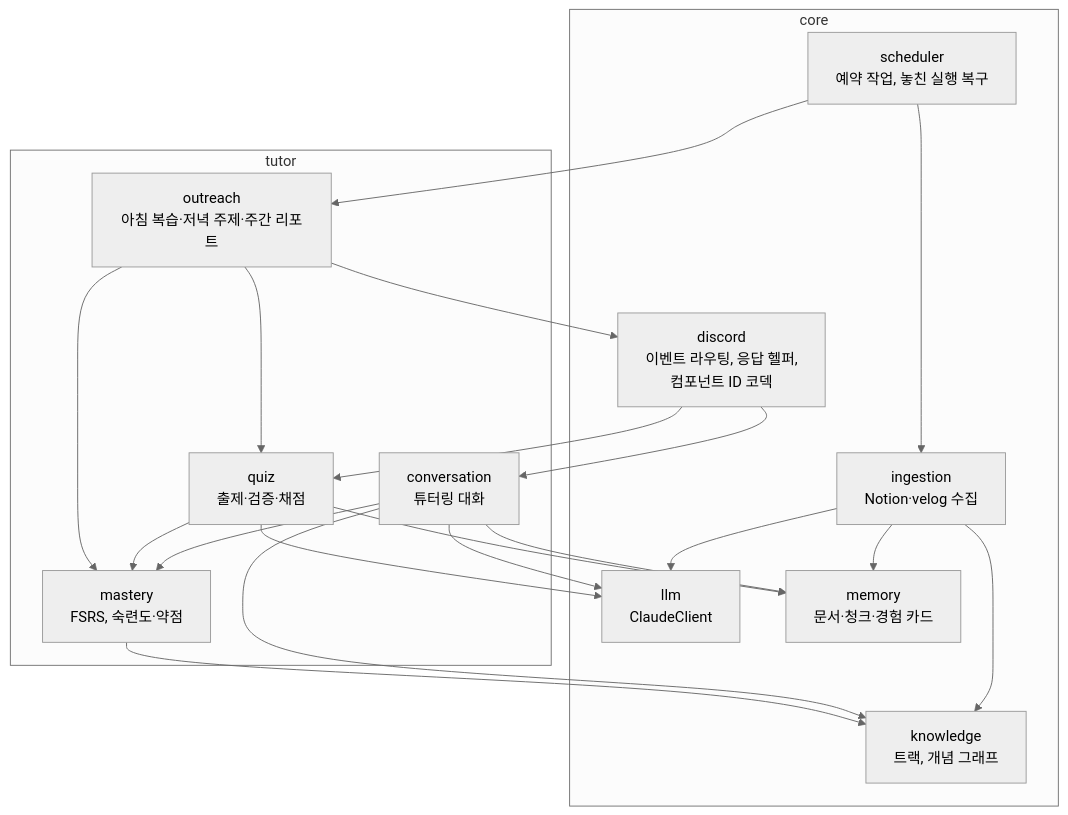
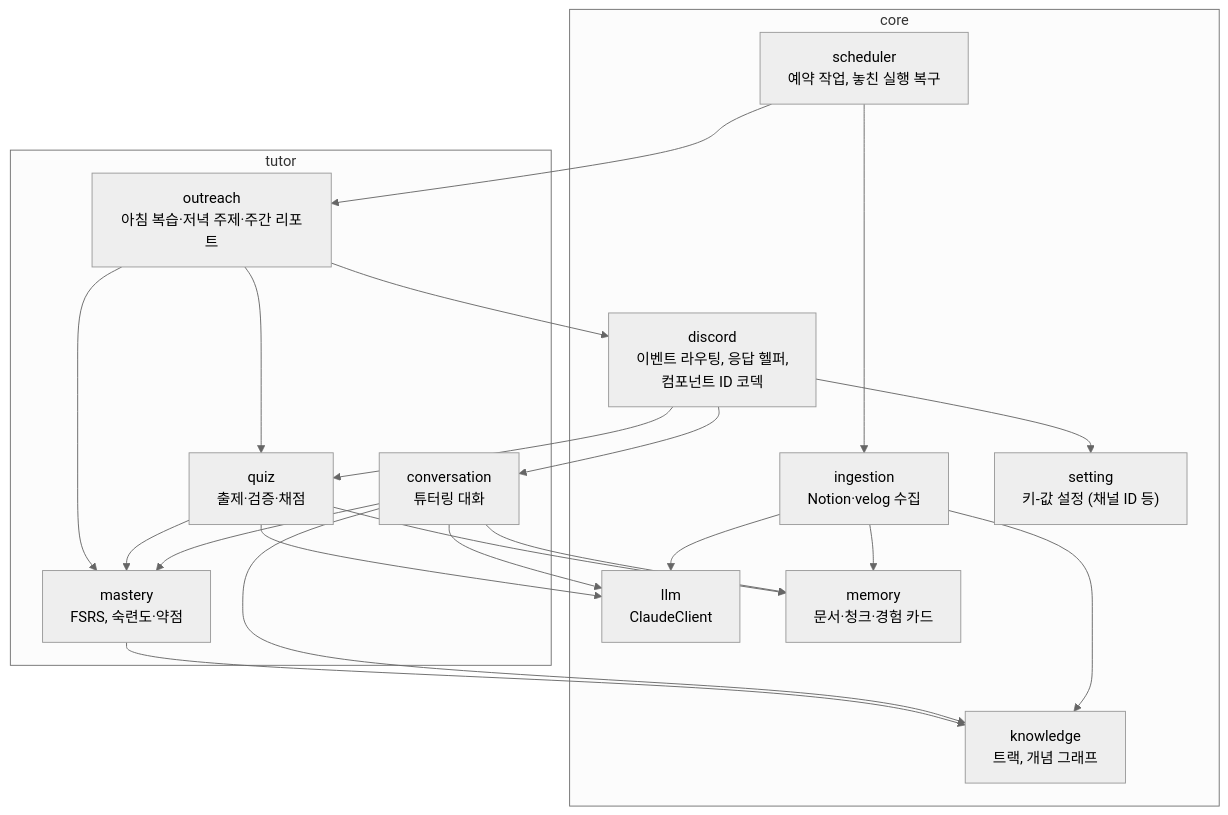
Before and after one commit to Wonchang0314/growth-assistant: the diagram in docs/architecture/c4-3-component.md, drawn with Mermaid (neutral theme). The commit also changed 12 other files, not shown here.

````diff
--- a/docs/architecture/c4-3-component.md
+++ b/docs/architecture/c4-3-component.md
@@ -5,41 +5,43 @@
 ```mermaid
 flowchart TB
     subgraph core
         discordGw["discord<br/>이벤트 라우팅, 응답 헬퍼,<br/>컴포넌트 ID 코덱"]
         llm["llm<br/>ClaudeClient"]
         memory["memory<br/>문서·청크·경험 카드"]
         knowledge["knowledge<br/>트랙, 개념 그래프"]
         ingestion["ingestion<br/>Notion·velog 수집"]
         scheduler["scheduler<br/>예약 작업, 놓친 실행 복구"]
+        setting["setting<br/>키-값 설정 (채널 ID 등)"]
     end
 
     subgraph tutor
         conversation["conversation<br/>튜터링 대화"]
         quiz["quiz<br/>출제·검증·채점"]
         mastery["mastery<br/>FSRS, 숙련도·약점"]
         outreach["outreach<br/>아침 복습·저녁 주제·주간 리포트"]
     end
 
     discordGw --> conversation
     discordGw --> quiz
     scheduler --> outreach
     scheduler --> ingestion
+    discordGw --> setting
 
     ingestion --> llm
     ingestion --> memory
     ingestion --> knowledge
 
     conversation --> llm
     conversation --> memory
     conversation --> knowledge
     conversation --> mastery
 
     quiz --> llm
     quiz --> mastery
     quiz --> memory
 
     mastery --> knowledge
     outreach --> quiz
     outreach --> mastery
     outreach --> discordGw
 ```
````
